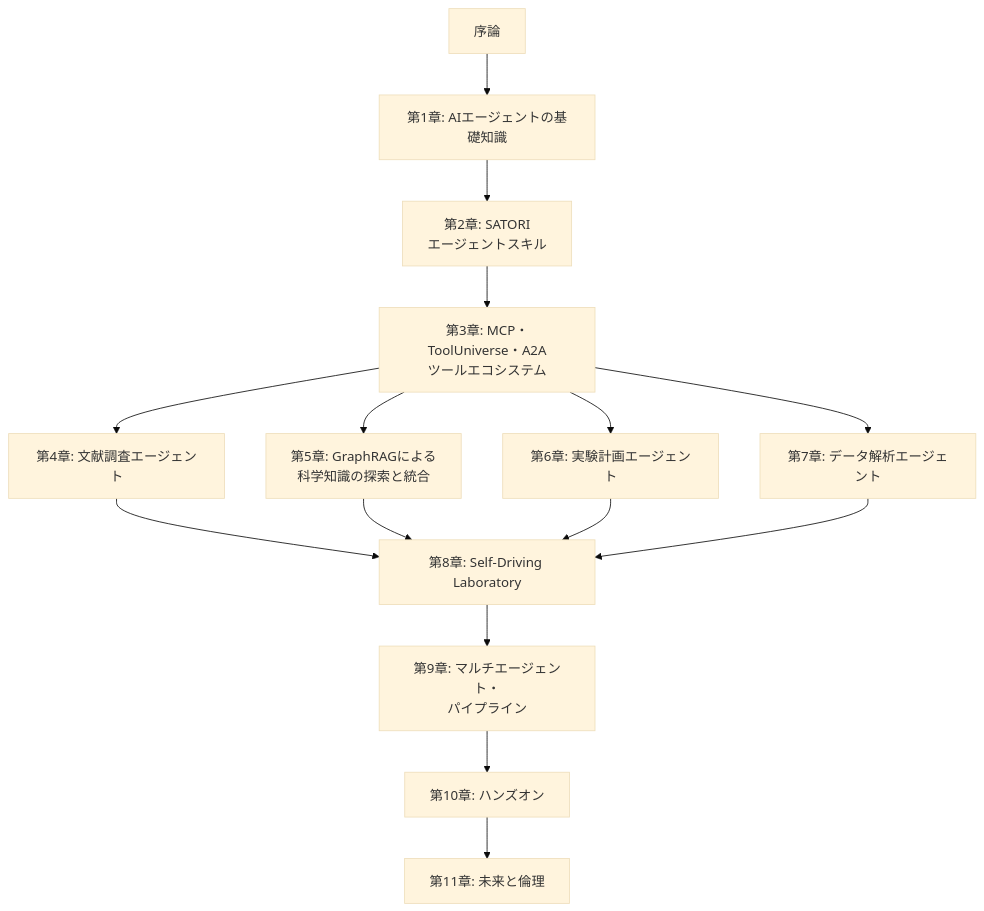
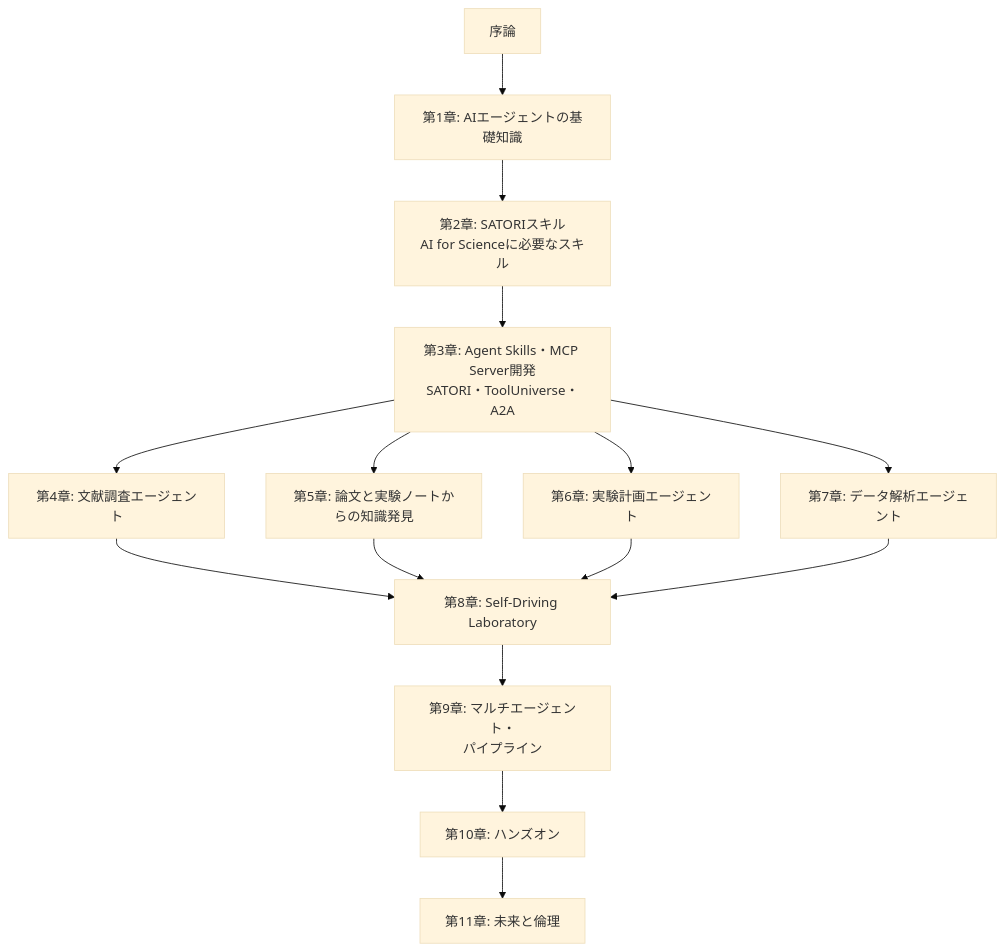
Before and after one commit to nahisaho/zenn-writing-collection: the third of 3 diagrams in books/cffd2306e225bb/introduction.md, drawn with Mermaid (base theme). The commit also changed other lines of this file and 19 other files, not shown here.

````diff
--- a/books/cffd2306e225bb/introduction.md
+++ b/books/cffd2306e225bb/introduction.md
@@ -130,20 +151,20 @@
 ```mermaid
 graph TD
     A["序論"] --> B["第1章: AIエージェントの基礎知識"]
-    B --> C["第2章: SATORI<br>エージェントスキル"]
-    C --> D["第3章: MCP・ToolUniverse・A2A<br>ツールエコシステム"]
+    B --> C["第2章: SATORIスキル<br>AI for Scienceに必要なスキル"]
+    C --> D["第3章: Agent Skills・MCP Server開発<br>SATORI・ToolUniverse・A2A"]
 
     D --> E["第4章: 文献調査エージェント"]
-    D --> F["第5章: GraphRAGによる<br>科学知識の探索と統合"]
+    D --> F["第5章: 論文と実験ノートからの知識発見"]
     D --> G["第6章: 実験計画エージェント"]
     D --> H["第7章: データ解析エージェント"]
 
     E --> I["第8章: Self-Driving Laboratory"]
     F --> I
     G --> I
     H --> I
 
     I --> J["第9章: マルチエージェント・<br>パイプライン"]
     J --> K["第10章: ハンズオン"]
     K --> L["第11章: 未来と倫理"]
 ```
````
